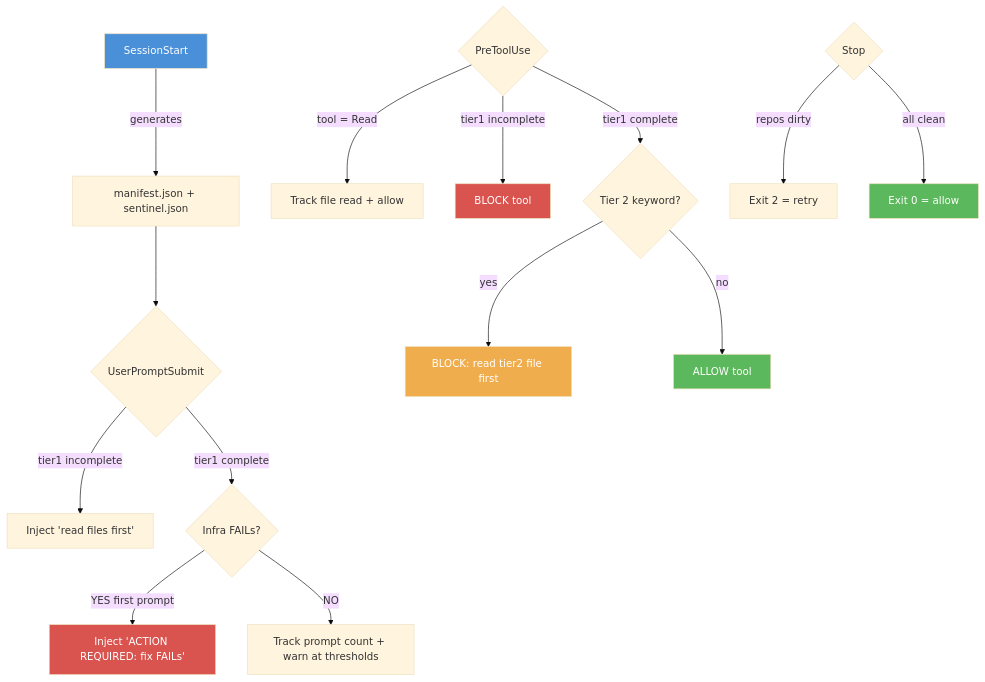
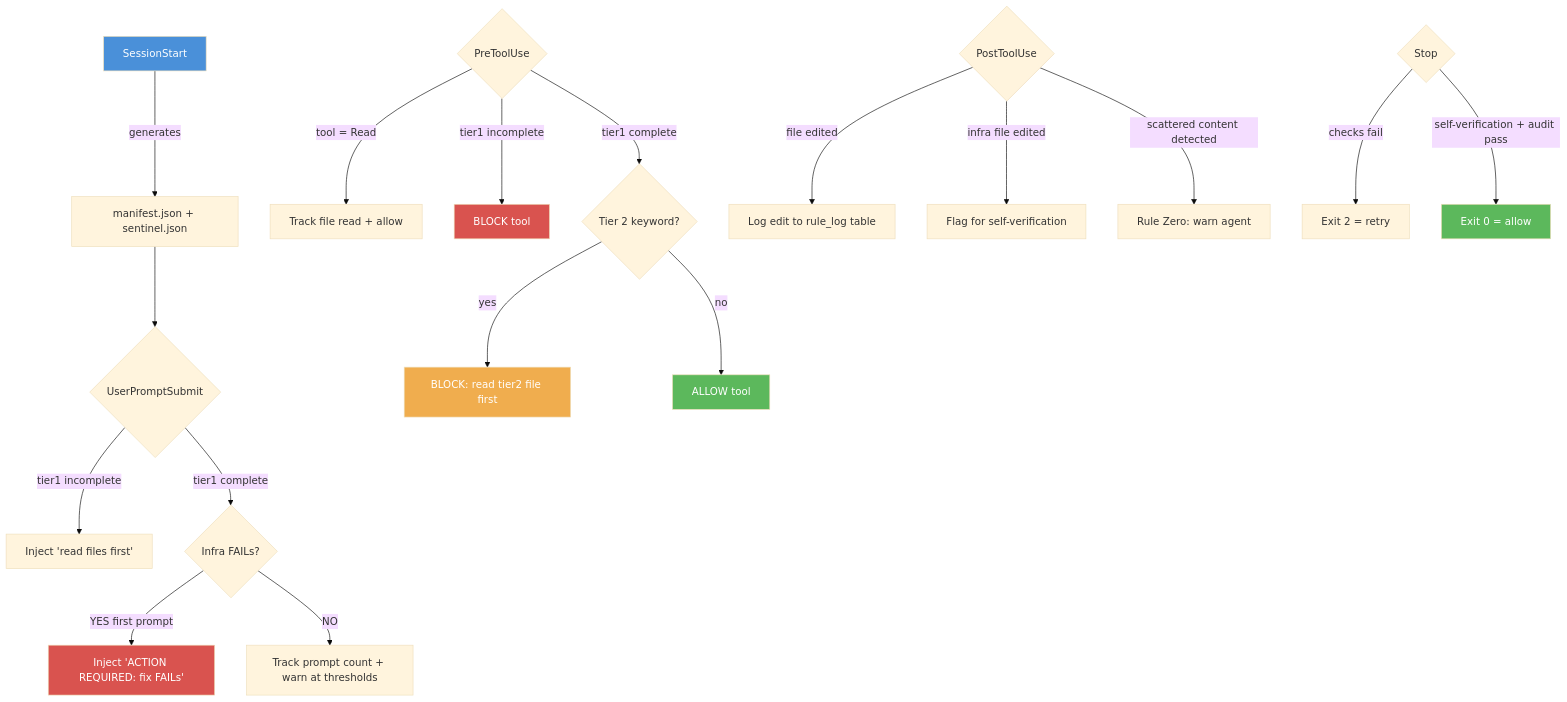
One commit to dexmaddy/agentic-ai-tiered-startup changed the diagram in docs/overview/architecture.md. Above: the diagram before and after it, drawn with Mermaid (base theme). The commit also changed other lines of this file and 13 other files, not shown here.

````diff
--- a/docs/overview/architecture.md
+++ b/docs/overview/architecture.md
@@ -6,25 +6,29 @@
 ```mermaid
 graph TD
     A[SessionStart] -->|generates| B[manifest.json + sentinel.json]
     B --> C{UserPromptSubmit}
     C -->|tier1 incomplete| D[Inject 'read files first']
     C -->|tier1 complete| E0{Infra FAILs?}
     E0 -->|YES first prompt| E1["Inject 'ACTION REQUIRED: fix FAILs'"]
     E0 -->|NO| E[Track prompt count + warn at thresholds]
 
     F{PreToolUse} -->|tool = Read| G[Track file read + allow]
     F -->|tier1 incomplete| H[BLOCK tool]
     F -->|tier1 complete| I{Tier 2 keyword?}
     I -->|yes| J[BLOCK: read tier2 file first]
     I -->|no| K[ALLOW tool]
 
-    L{Stop} -->|repos dirty| M[Exit 2 = retry]
-    L -->|all clean| N[Exit 0 = allow]
+    P{PostToolUse} -->|file edited| Q[Log edit to rule_log table]
+    P -->|infra file edited| R[Flag for self-verification]
+    P -->|scattered content detected| S["Rule Zero: warn agent"]
+
+    L{Stop} -->|checks fail| M[Exit 2 = retry]
+    L -->|self-verification + audit pass| N[Exit 0 = allow]
 
     style A fill:#4a90d9,color:#fff
     style E1 fill:#d9534f,color:#fff
     style H fill:#d9534f,color:#fff
     style J fill:#f0ad4e,color:#fff
     style K fill:#5cb85c,color:#fff
     style N fill:#5cb85c,color:#fff
 ```
````
